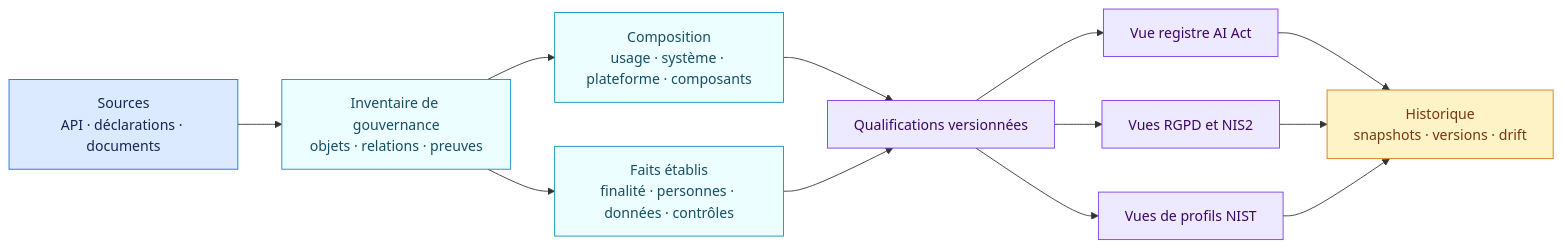
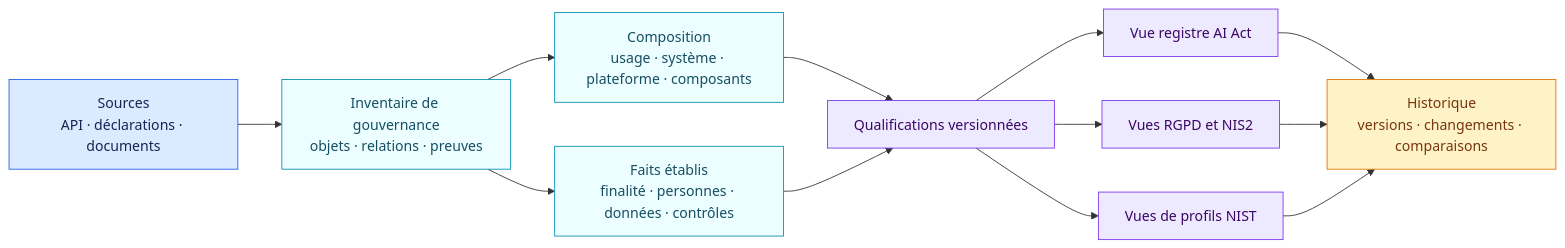
One commit to NickChaps/Open-AIRS changed the diagram in docs/fr/registre-ia.md. Above: the diagram before and after it, drawn with Mermaid. The commit also changed other lines of this file and 58 other files, not shown here.

````diff
--- a/docs/fr/registre-ia.md
+++ b/docs/fr/registre-ia.md
@@ -9,23 +14,23 @@
 ```mermaid
 flowchart LR
     S["Sources<br/>API · déclarations · documents"] --> I["Inventaire de gouvernance<br/>objets · relations · preuves"]
     I --> C["Composition<br/>usage · système · plateforme · composants"]
     I --> F["Faits établis<br/>finalité · personnes · données · contrôles"]
     C --> Q["Qualifications versionnées"]
     F --> Q
     Q --> A["Vue registre AI Act"]
     Q --> G["Vues RGPD et NIS2"]
     Q --> N["Vues de profils NIST"]
-    A --> H["Historique<br/>snapshots · versions · drift"]
+    A --> H["Historique<br/>versions · changements · comparaisons"]
     G --> H
     N --> H
 
     classDef source fill:#dbeafe,stroke:#2563eb,color:#172554
     classDef inventory fill:#ecfeff,stroke:#0891b2,color:#164e63
     classDef view fill:#ede9fe,stroke:#7c3aed,color:#3b0764
     classDef history fill:#fef3c7,stroke:#d97706,color:#78350f
     class S source
     class I,C,F inventory
     class Q,A,G,N view
     class H history
 ```
````
